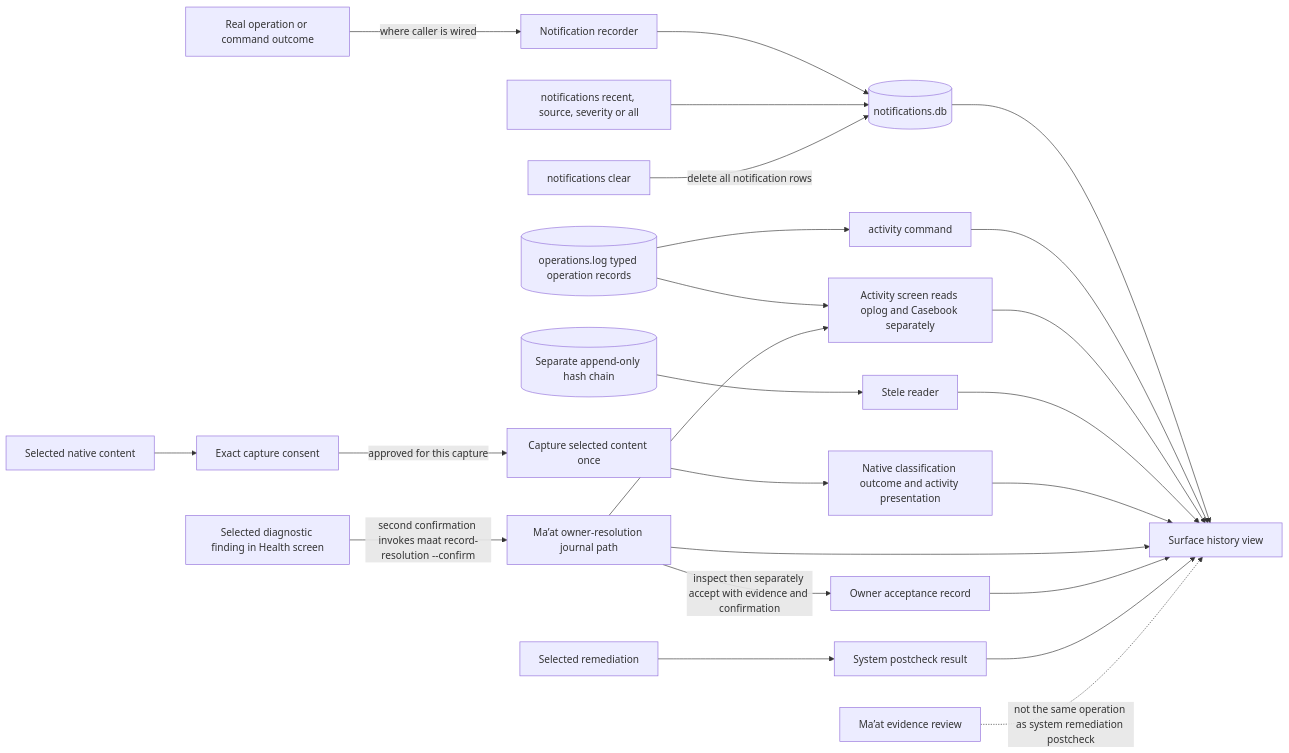
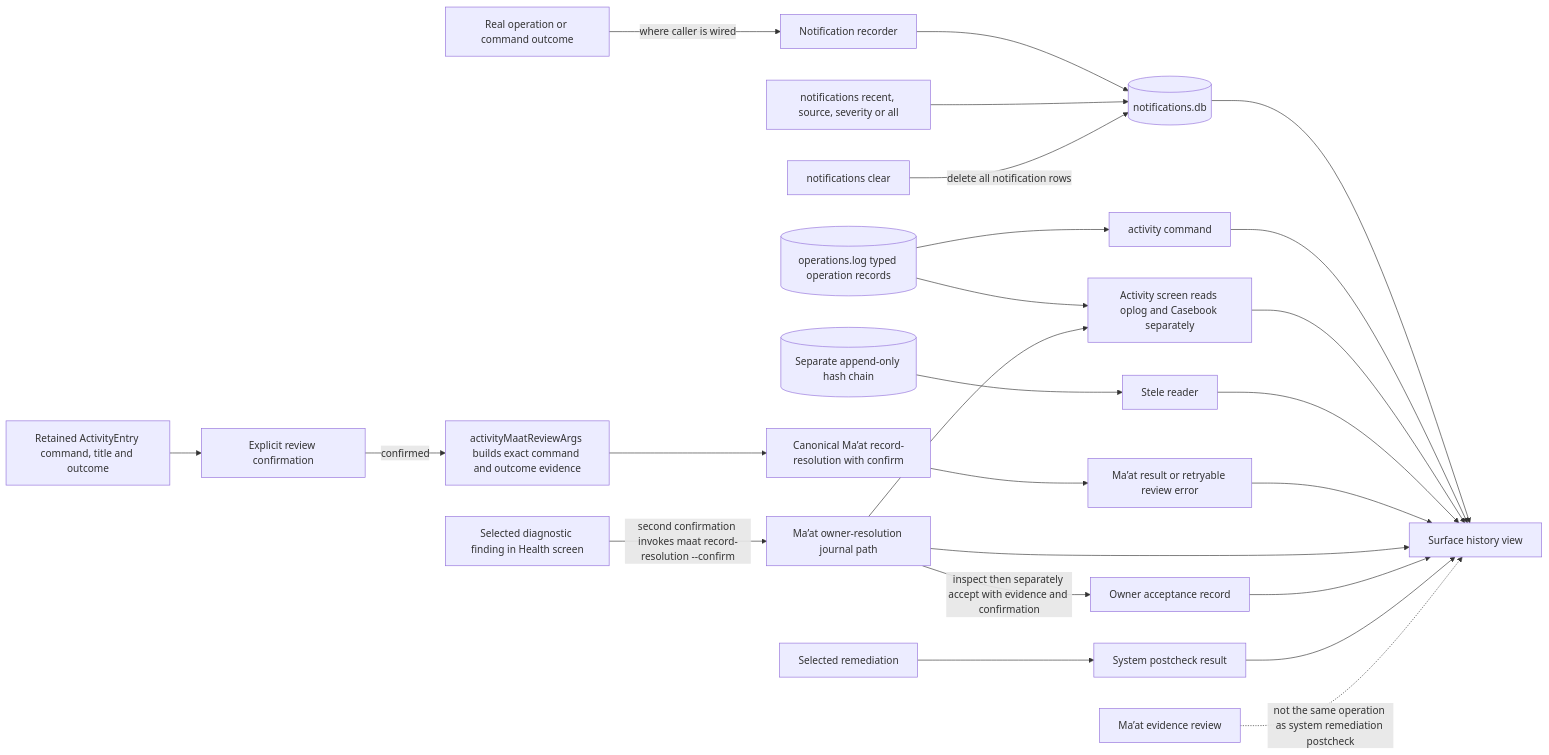
Diagram 39 of 45 in docs/stacklab/pantheon-pt/canon/DIAGRAMS_PRODUCT_OPERATIONS.md (SirsiMaster/sirsi-pantheon), drawn with Mermaid before and after one commit. The commit also changed other lines of this file, not shown here.

Commit message:
docs(stacklab): preserve exact subflow mutations and concurrent recovery boundaries

````diff
--- a/docs/stacklab/pantheon-pt/canon/DIAGRAMS_PRODUCT_OPERATIONS.md
+++ b/docs/stacklab/pantheon-pt/canon/DIAGRAMS_PRODUCT_OPERATIONS.md
@@ -1082,26 +1145,27 @@
 ```mermaid
 flowchart LR
   COMMAND[Real operation or command outcome] -->|where caller is wired| NOTIFY[Notification recorder]
   NOTIFY --> DB[(notifications.db)]
   READ[notifications recent, source, severity or all] --> DB
   CLEAR[notifications clear] -->|delete all notification rows| DB
   OPLOG[(operations.log typed operation records)] --> ACTCMD[activity command]
   STELE[(Separate append-only hash chain)] --> STELEVIEW[Stele reader]
-  NATIVE[Selected native content] --> CONSENT[Exact capture consent]
-  CONSENT -->|approved for this capture| CAPTURE[Capture selected content once]
-  CAPTURE --> NATIVEVIEW[Native classification outcome and activity presentation]
+  NATIVE[Retained ActivityEntry command, title and outcome] --> CONSENT[Explicit review confirmation]
+  CONSENT -->|confirmed| ARGS[activityMaatReviewArgs builds exact command and outcome evidence]
+  ARGS --> JOURNAL[Canonical Ma’at record-resolution with confirm]
+  JOURNAL --> NATIVEVIEW[Ma’at result or retryable review error]
   HEALTH[Selected diagnostic finding in Health screen] -->|second confirmation invokes maat record-resolution --confirm| MAAT[Ma’at owner-resolution journal path]
   MAAT -->|inspect then separately accept with evidence and confirmation| ACCEPT[Owner acceptance record]
   FIX[Selected remediation] --> POST[System postcheck result]
   DB --> VIEW[Surface history view]
   ACTCMD --> VIEW
   OPLOG --> SCREEN[Activity screen reads oplog and Casebook separately]
   MAAT --> SCREEN
   SCREEN --> VIEW
   STELEVIEW --> VIEW
   NATIVEVIEW --> VIEW
   MAAT --> VIEW
   ACCEPT --> VIEW
   POST --> VIEW
   REVIEW[Ma’at evidence review] -. not the same operation as system remediation postcheck .-> VIEW
 ```
````
